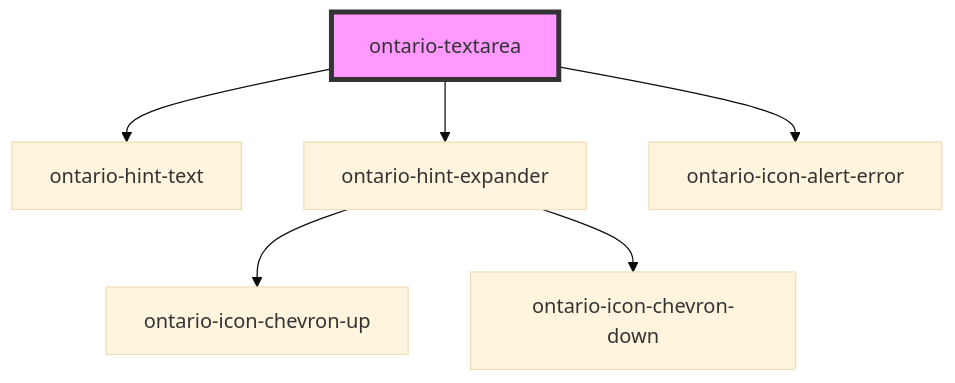
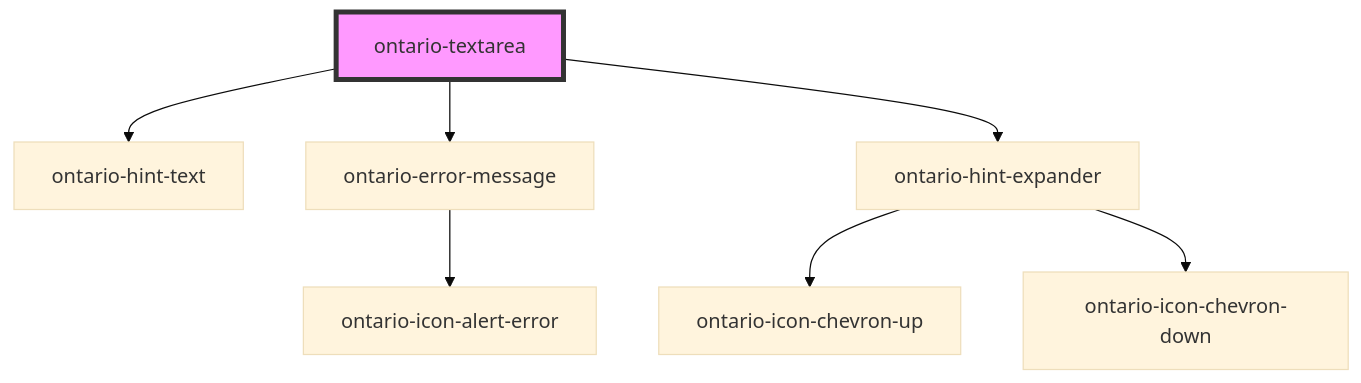
One commit to ongov/ontario-design-system changed the diagram in packages/ontario-design-system-component-library/src/components/ontario-textarea/readme.md. Above: the diagram before and after it, drawn with Mermaid (base theme). The commit also changed other lines of this file and 27 other files, not shown here.

Commit message:
feat(ontario-error-alert): add scaffolding for ErrorAlert summary and inline message components

````diff
--- a/packages/ontario-design-system-component-library/src/components/ontario-textarea/readme.md
+++ b/packages/ontario-design-system-component-library/src/components/ontario-textarea/readme.md
@@ -405,9 +423,10 @@
 ```mermaid
 graph TD;
   ontario-textarea --> ontario-hint-text
+  ontario-textarea --> ontario-error-message
   ontario-textarea --> ontario-hint-expander
-  ontario-textarea --> ontario-icon-alert-error
+  ontario-error-message --> ontario-icon-alert-error
   ontario-hint-expander --> ontario-icon-chevron-up
   ontario-hint-expander --> ontario-icon-chevron-down
   style ontario-textarea fill:#f9f,stroke:#333,stroke-width:4px
 ```
````
